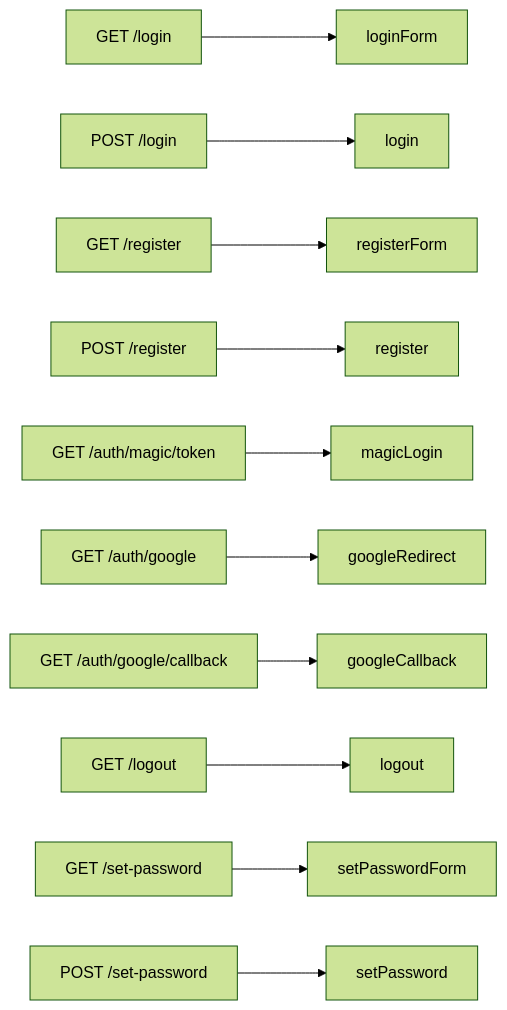
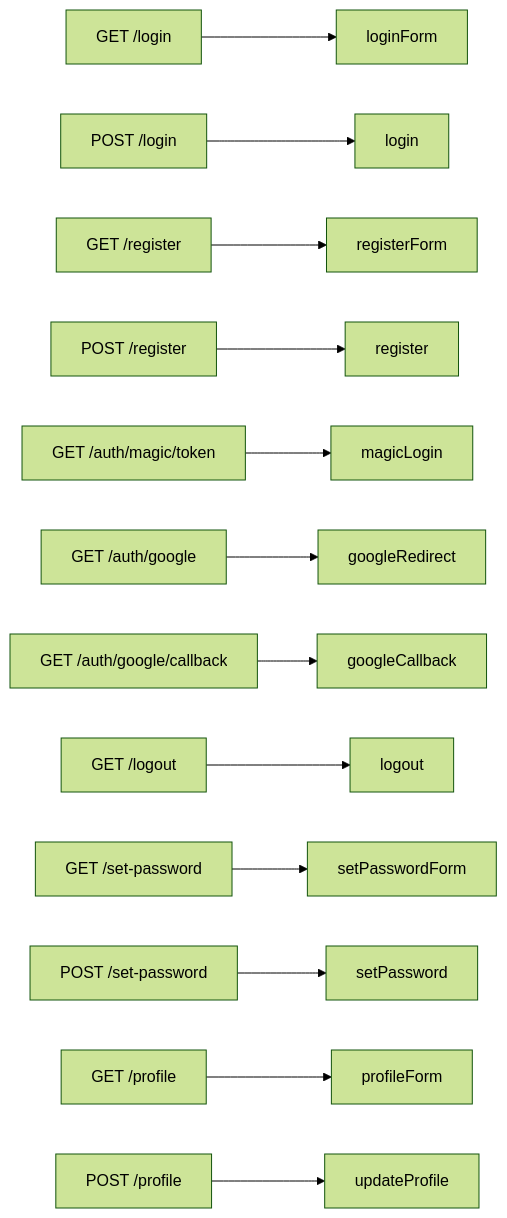
One commit to robsartin/heirloom changed the tenth of 12 diagrams in doc/DEVELOPER.md. Above: the diagram before and after it, drawn with Mermaid (forest theme). The commit also changed other lines of this file and 5 other files, not shown here.

````diff
--- a/doc/DEVELOPER.md
+++ b/doc/DEVELOPER.md
@@ -258,13 +277,15 @@
 ```mermaid
 graph LR
     GET_LOGIN["GET /login"] --> AC1[loginForm]
     POST_LOGIN["POST /login"] --> AC2[login]
     GET_REG["GET /register"] --> AC3[registerForm]
     POST_REG["POST /register"] --> AC4[register]
     GET_MAGIC["GET /auth/magic/token"] --> AC5[magicLogin]
     GET_GOOGLE["GET /auth/google"] --> AC6[googleRedirect]
     GET_GCALLBACK["GET /auth/google/callback"] --> AC7[googleCallback]
     GET_LOGOUT["GET /logout"] --> AC8[logout]
     GET_SETPW["GET /set-password"] --> AC9[setPasswordForm]
     POST_SETPW["POST /set-password"] --> AC10[setPassword]
+    GET_PROFILE["GET /profile"] --> AC11[profileForm]
+    POST_PROFILE["POST /profile"] --> AC12[updateProfile]
 ```
````
